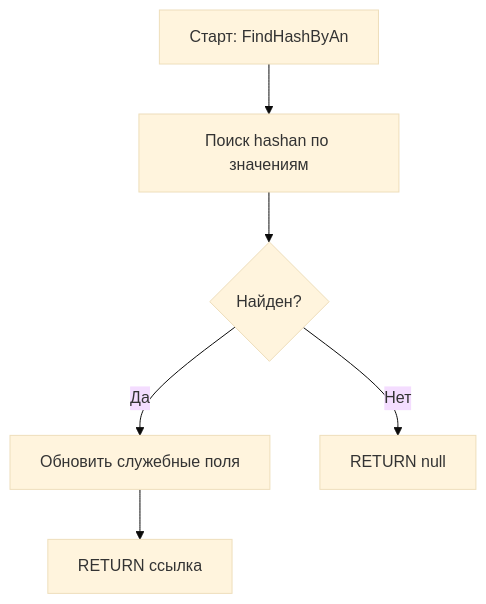
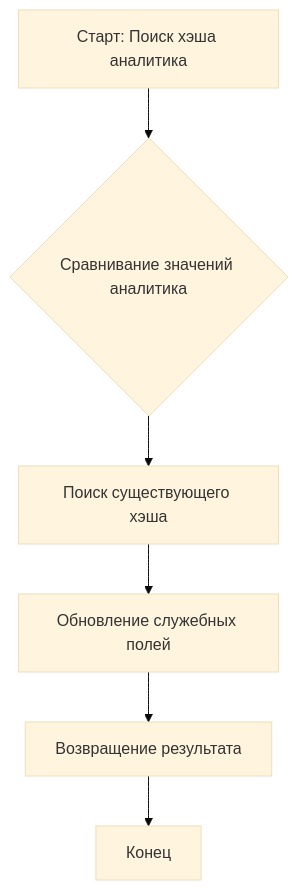
The eighth of 20 diagrams in README.md (fivec/topsoft.JAM), drawn with Mermaid (base theme) before and after one commit. The commit also changed other lines of this file, not shown here.

````diff
--- a/README.md
+++ b/README.md
@@ -242,8 +274,8 @@
 ```mermaid
 flowchart TD
-A[Старт: FindHashByAn] --> B[Поиск hashan по значениям]
-B --> C{Найден?}
-C -- Да --> D[Обновить служебные поля]
-D --> E[RETURN ссылка]
-C -- Нет --> F[RETURN null]
+    A[Старт: Поиск хэша аналитика] --> B{Сравнивание значений аналитика}
+    B --> C[Поиск существующего хэша]
+    C --> D[Обновление служебных полей]
+    D --> E[Возвращение результата]
+    E --> F[Конец]
 ```
````
